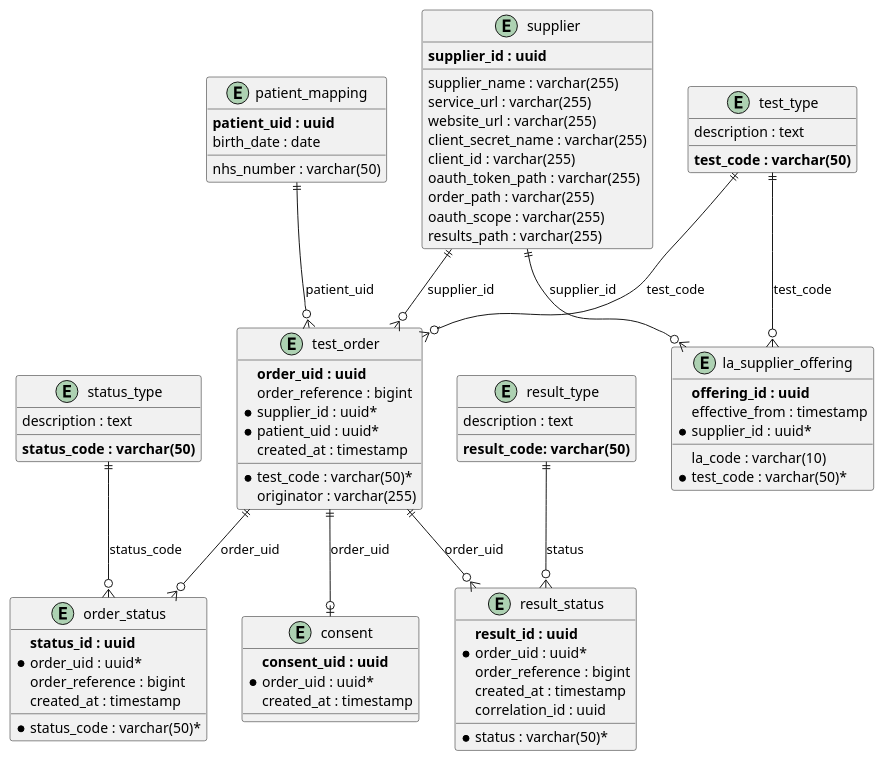
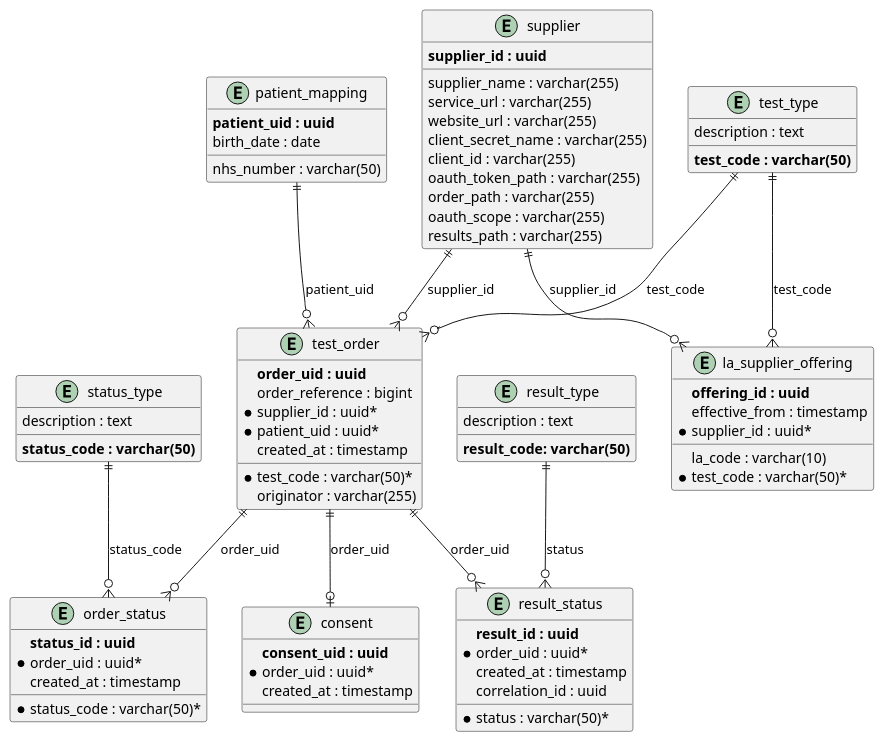
The diagram in database/schema_diagram.puml (NHSDigital/hometest-service), drawn with PlantUML before and after one commit.

Commit message:
updated diagram

```diff
--- a/database/schema_diagram.puml
+++ b/database/schema_diagram.puml
@@ -1,92 +1,90 @@
 @startuml
 entity "patient_mapping" as patient {
   **patient_uid : uuid**
   nhs_number : varchar(50)
   birth_date : date
 }
 
 entity "test_type" as test {
   **test_code : varchar(50)**
   description : text
 }
 
 entity "supplier" as supplier {
   **supplier_id : uuid**
   supplier_name : varchar(255)
   service_url : varchar(255)
   website_url : varchar(255)
   client_secret_name : varchar(255)
   client_id : varchar(255)
   oauth_token_path : varchar(255)
   order_path : varchar(255)
   oauth_scope : varchar(255)
   results_path : varchar(255)
 }
 
 entity "la_supplier_offering" as offering {
   **offering_id : uuid**
   la_code : varchar(10)
   effective_from : timestamp
   *supplier_id : uuid*
   *test_code : varchar(50)*
 }
 
 entity "test_order" as orders {
   **order_uid : uuid**
   order_reference : bigint
   *supplier_id : uuid*
   *patient_uid : uuid*
   *test_code : varchar(50)*
   originator : varchar(255)
   created_at : timestamp
 }
 
 entity "status_type" as status_type {
   **status_code : varchar(50)**
   description : text
 }
 
 entity "order_status" as order_status {
   **status_id : uuid**
   *order_uid : uuid*
-  order_reference : bigint
   *status_code : varchar(50)*
   created_at : timestamp
 }
 
 entity "result_type" as result_type {
   **result_code: varchar(50)**
   description : text
 }
 
 entity "result_status" as result_status {
   **result_id : uuid**
   *order_uid : uuid*
-  order_reference : bigint
   *status : varchar(50)*
   created_at : timestamp
   correlation_id : uuid
 }
 
 entity "consent" as consent {
   **consent_uid : uuid**
   *order_uid : uuid*
   created_at : timestamp
 }
 
 ' Relationships
 patient ||--o{ orders : "patient_uid"
 supplier ||--o{ orders : "supplier_id"
 test ||--o{ orders : "test_code"
 
 supplier ||--o{ offering : "supplier_id"
 test ||--o{ offering : "test_code"
 
 orders ||--o{ order_status : "order_uid"
 orders ||--o{ result_status : "order_uid"
 orders ||--o| consent : "order_uid"
 
 status_type ||--o{ order_status : "status_code"
 result_type ||--o{ result_status : "status"
 
 @enduml
```
